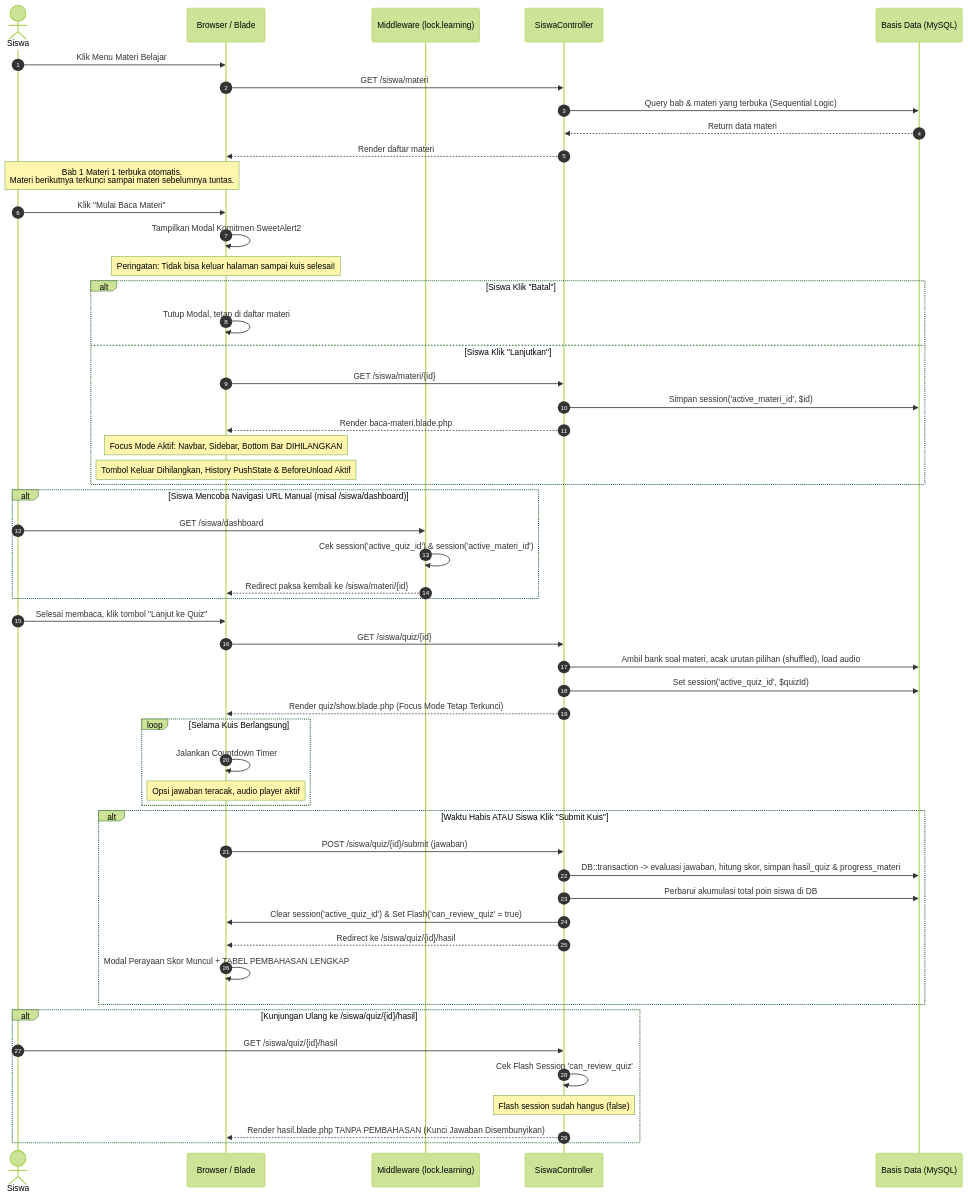
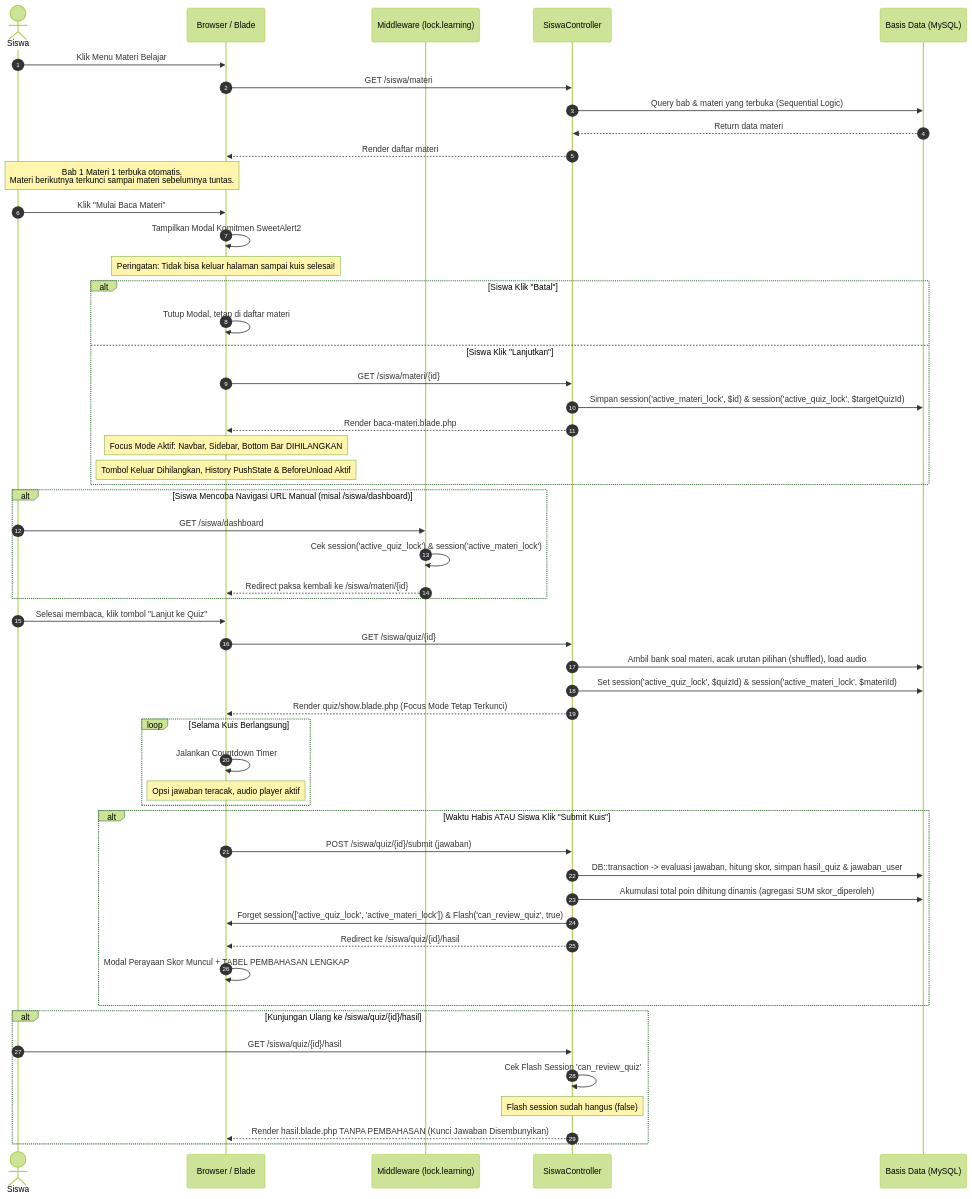
The second of 3 diagrams in docs/PRD_ENGLIFY.md (trespage/englify-lunarway), drawn with Mermaid (forest theme) before and after one commit. The commit also changed other lines of this file and 5 other files, not shown here.

````diff
--- a/docs/PRD_ENGLIFY.md
+++ b/docs/PRD_ENGLIFY.md
@@ -164,64 +164,64 @@
 ```mermaid
 sequenceDiagram
     autonumber
     actor Siswa
     participant Frontend as Browser / Blade
     participant Middleware as Middleware (lock.learning)
     participant SiswaCtrl as SiswaController
     participant DB as Basis Data (MySQL)
 
     Siswa->>Frontend: Klik Menu Materi Belajar
     Frontend->>SiswaCtrl: GET /siswa/materi
     SiswaCtrl->>DB: Query bab & materi yang terbuka (Sequential Logic)
     DB-->>SiswaCtrl: Return data materi
     SiswaCtrl-->>Frontend: Render daftar materi
     
     Note over Siswa, Frontend: Bab 1 Materi 1 terbuka otomatis.<br>Materi berikutnya terkunci sampai materi sebelumnya tuntas.
 
     Siswa->>Frontend: Klik "Mulai Baca Materi"
     Frontend->>Frontend: Tampilkan Modal Komitmen SweetAlert2
     Note over Frontend: Peringatan: Tidak bisa keluar halaman sampai kuis selesai!
     
     alt Siswa Klik "Batal"
         Frontend->>Frontend: Tutup Modal, tetap di daftar materi
     else Siswa Klik "Lanjutkan"
         Frontend->>SiswaCtrl: GET /siswa/materi/{id}
-        SiswaCtrl->>DB: Simpan session('active_materi_id', $id)
+        SiswaCtrl->>DB: Simpan session('active_materi_lock', $id) & session('active_quiz_lock', $targetQuizId)
         SiswaCtrl-->>Frontend: Render baca-materi.blade.php
         Note over Frontend: Focus Mode Aktif: Navbar, Sidebar, Bottom Bar DIHILANGKAN
         Note over Frontend: Tombol Keluar Dihilangkan, History PushState & BeforeUnload Aktif
     end
 
     alt Siswa Mencoba Navigasi URL Manual (misal /siswa/dashboard)
         Siswa->>Middleware: GET /siswa/dashboard
-        Middleware->>Middleware: Cek session('active_quiz_id') & session('active_materi_id')
+        Middleware->>Middleware: Cek session('active_quiz_lock') & session('active_materi_lock')
         Middleware-->>Frontend: Redirect paksa kembali ke /siswa/materi/{id}
     end
 
     Siswa->>Frontend: Selesai membaca, klik tombol "Lanjut ke Quiz"
     Frontend->>SiswaCtrl: GET /siswa/quiz/{id}
     SiswaCtrl->>DB: Ambil bank soal materi, acak urutan pilihan (shuffled), load audio
-    SiswaCtrl->>DB: Set session('active_quiz_id', $quizId)
+    SiswaCtrl->>DB: Set session('active_quiz_lock', $quizId) & session('active_materi_lock', $materiId)
     SiswaCtrl-->>Frontend: Render quiz/show.blade.php (Focus Mode Tetap Terkunci)
 
     loop Selama Kuis Berlangsung
         Frontend->>Frontend: Jalankan Countdown Timer
         Note over Frontend: Opsi jawaban teracak, audio player aktif
     end
 
     alt Waktu Habis ATAU Siswa Klik "Submit Kuis"
         Frontend->>SiswaCtrl: POST /siswa/quiz/{id}/submit (jawaban)
-        SiswaCtrl->>DB: DB::transaction -> evaluasi jawaban, hitung skor, simpan hasil_quiz & progress_materi
-        SiswaCtrl->>DB: Perbarui akumulasi total poin siswa di DB
-        SiswaCtrl->>Frontend: Clear session('active_quiz_id') & Set Flash('can_review_quiz' = true)
+        SiswaCtrl->>DB: DB::transaction -> evaluasi jawaban, hitung skor, simpan hasil_quiz & jawaban_user
+        SiswaCtrl->>DB: Akumulasi total poin dihitung dinamis (agregasi SUM skor_diperoleh)
+        SiswaCtrl->>Frontend: Forget session(['active_quiz_lock', 'active_materi_lock']) & Flash('can_review_quiz', true)
         SiswaCtrl-->>Frontend: Redirect ke /siswa/quiz/{id}/hasil
         Frontend->>Frontend: Modal Perayaan Skor Muncul + TABEL PEMBAHASAN LENGKAP
     end
 
     alt Kunjungan Ulang ke /siswa/quiz/{id}/hasil
         Siswa->>SiswaCtrl: GET /siswa/quiz/{id}/hasil
         SiswaCtrl->>SiswaCtrl: Cek Flash Session 'can_review_quiz'
         Note over SiswaCtrl: Flash session sudah hangus (false)
         SiswaCtrl-->>Frontend: Render hasil.blade.php TANPA PEMBAHASAN (Kunci Jawaban Disembunyikan)
     end
 ```
````
